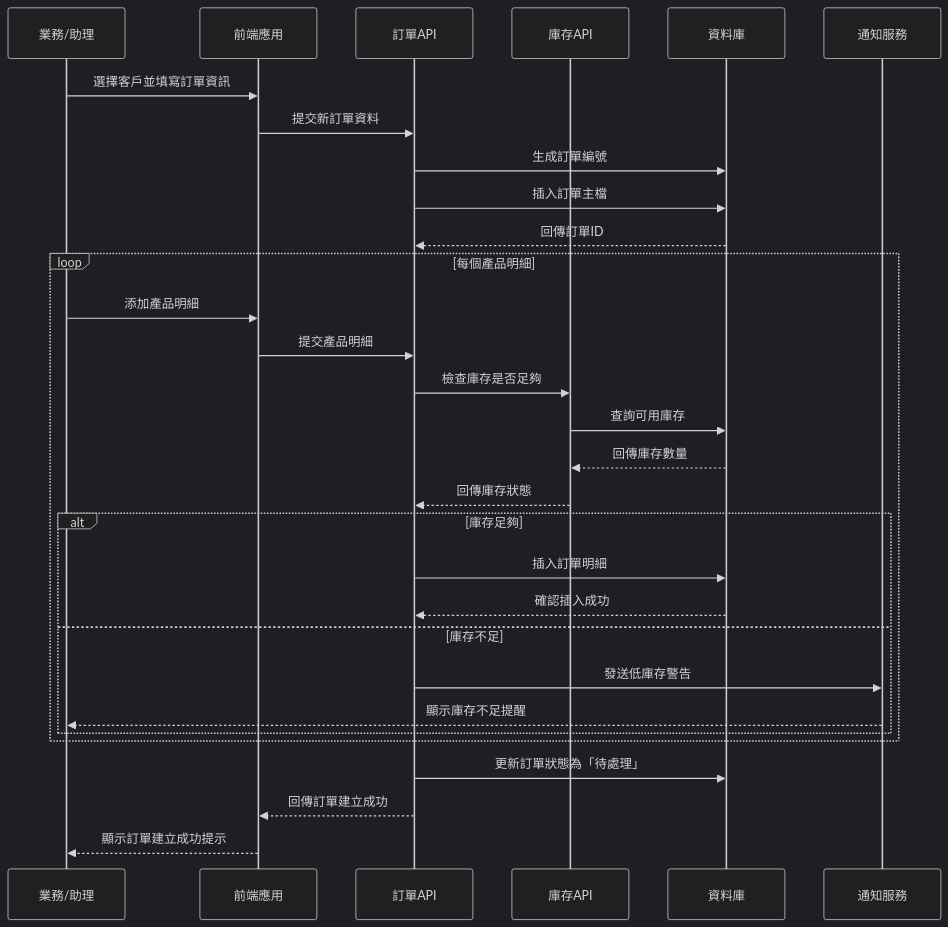
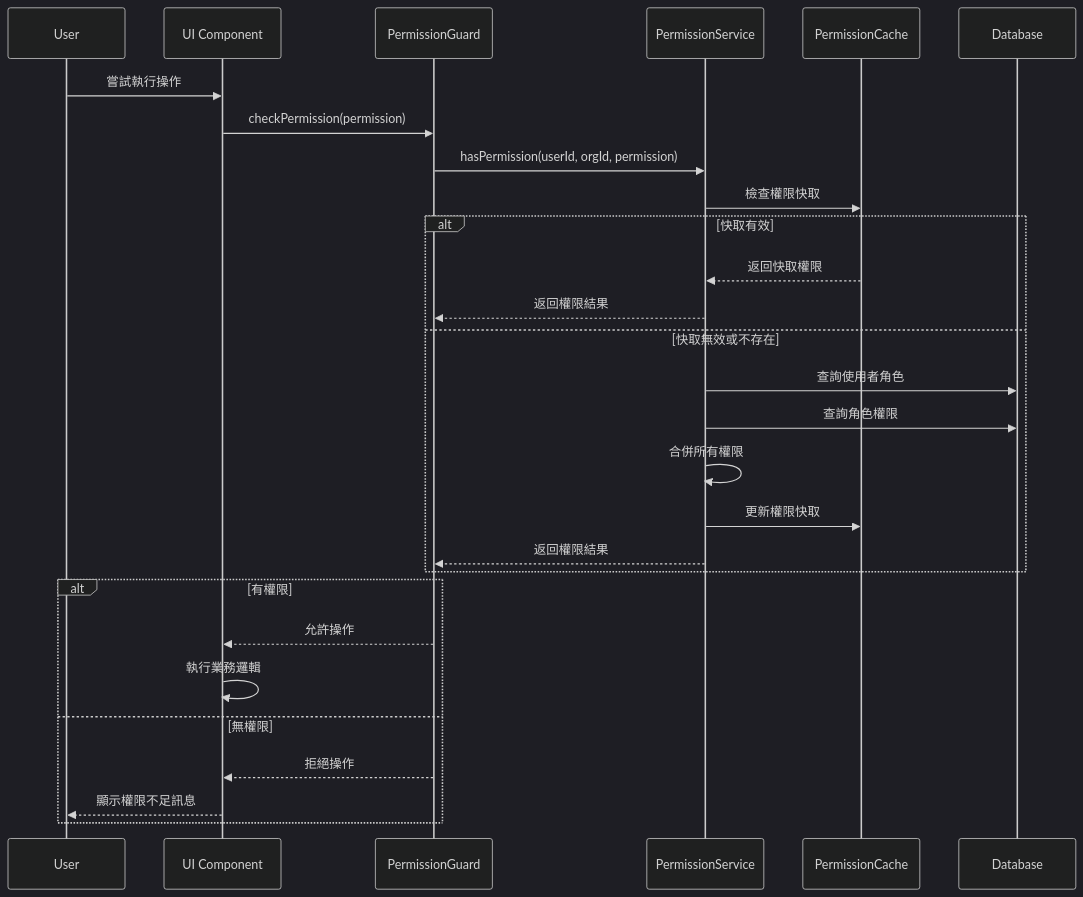
Before and after one commit to quinticechen/qerp-system: the seventh of 18 diagrams in docs/SEQUENCE_DIAGRAMS.md, drawn with Mermaid (dark theme). The commit also changed other lines of this file and 9 other files, not shown here.

````diff
--- a/docs/SEQUENCE_DIAGRAMS.md
+++ b/docs/SEQUENCE_DIAGRAMS.md
@@ -140,36 +198,34 @@
 ```mermaid
 sequenceDiagram
-    participant Sales as 業務/助理
-    participant Frontend as 前端應用
-    participant OrderAPI as 訂單API
-    participant InventoryAPI as 庫存API
-    participant DB as 資料庫
-    participant NotificationService as 通知服務
+    participant U as User
+    participant UI as UI Component
+    participant PG as PermissionGuard
+    participant PS as PermissionService
+    participant Cache as PermissionCache
+    participant DB as Database
 
-    Sales->>Frontend: 選擇客戶並填寫訂單資訊
-    Frontend->>OrderAPI: 提交新訂單資料
-    OrderAPI->>DB: 生成訂單編號
-    OrderAPI->>DB: 插入訂單主檔
-    DB-->>OrderAPI: 回傳訂單ID
+    U->>UI: 嘗試執行操作
+    UI->>PG: checkPermission(permission)
+    PG->>PS: hasPermission(userId, orgId, permission)
     
-    loop 每個產品明細
-        Sales->>Frontend: 添加產品明細
-        Frontend->>OrderAPI: 提交產品明細
-        OrderAPI->>InventoryAPI: 檢查庫存是否足夠
-        InventoryAPI->>DB: 查詢可用庫存
-        DB-->>InventoryAPI: 回傳庫存數量
-        InventoryAPI-->>OrderAPI: 回傳庫存狀態
-        
-        alt 庫存足夠
-            OrderAPI->>DB: 插入訂單明細
-            DB-->>OrderAPI: 確認插入成功
-        else 庫存不足
-            OrderAPI->>NotificationService: 發送低庫存警告
-            NotificationService-->>Sales: 顯示庫存不足提醒
-        end
+    PS->>Cache: 檢查權限快取
+    
+    alt 快取有效
+        Cache-->>PS: 返回快取權限
+        PS-->>PG: 返回權限結果
+    else 快取無效或不存在
+        PS->>DB: 查詢使用者角色
+        PS->>DB: 查詢角色權限
+        PS->>PS: 合併所有權限
+        PS->>Cache: 更新權限快取
+        PS-->>PG: 返回權限結果
     end
     
-    OrderAPI->>DB: 更新訂單狀態為「待處理」
-    OrderAPI-->>Frontend: 回傳訂單建立成功
-    Frontend-->>Sales: 顯示訂單建立成功提示
+    alt 有權限
+        PG-->>UI: 允許操作
+        UI->>UI: 執行業務邏輯
+    else 無權限
+        PG-->>UI: 拒絕操作
+        UI-->>U: 顯示權限不足訊息
+    end
 ```
````
